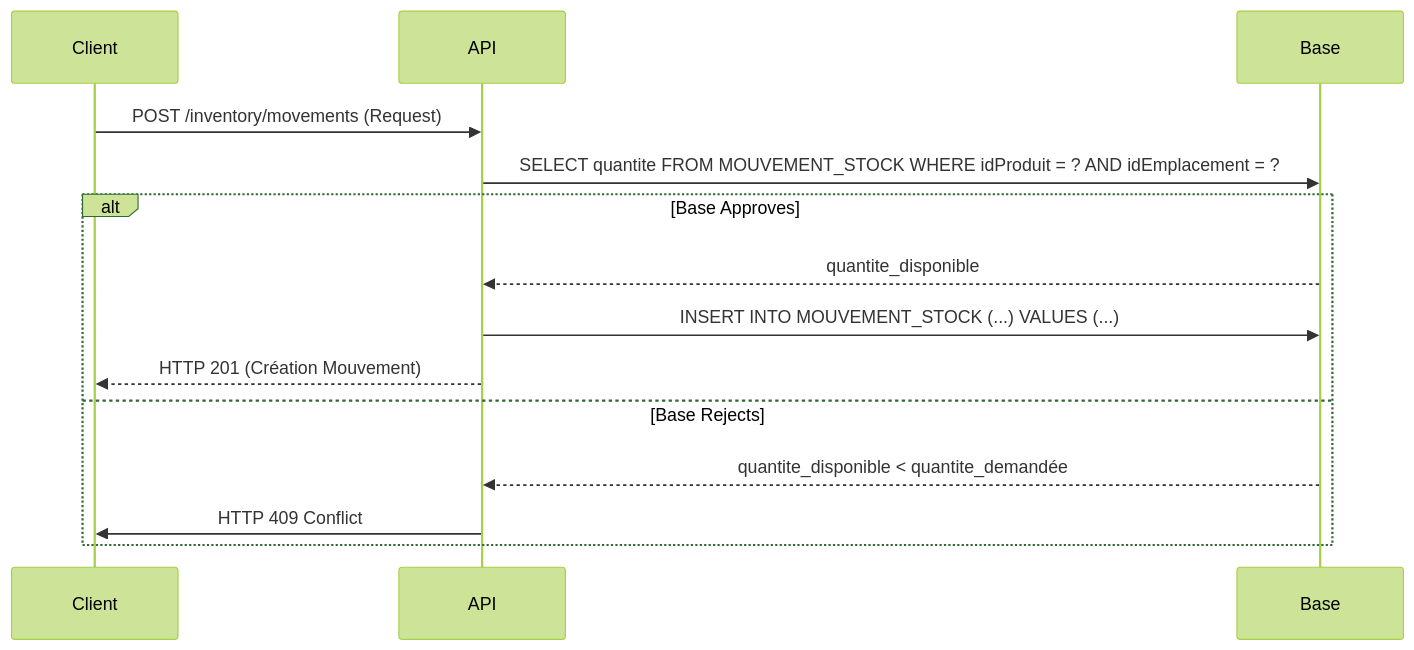
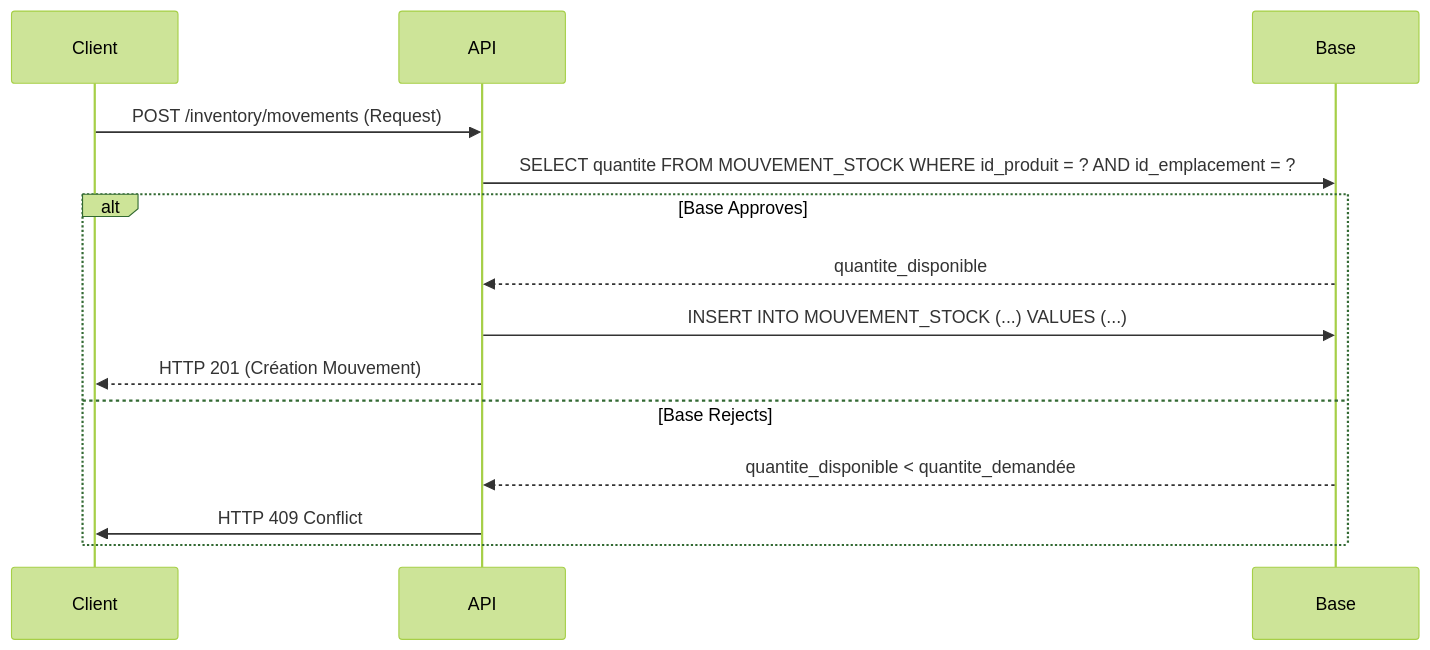
One commit to ClaymeCall/holbertonschool-Analyse_et_conception changed the diagram in blueprint_stockmaster/02_behavioural_architecture.md. Above: the diagram before and after it, drawn with Mermaid (forest theme). The commit also changed 2 other files, not shown here.

Commit message:
fix: make BDD rule application more consistent

````diff
--- a/blueprint_stockmaster/02_behavioural_architecture.md
+++ b/blueprint_stockmaster/02_behavioural_architecture.md
@@ -3,18 +3,18 @@
 ```mermaid
 sequenceDiagram
     participant Client
     participant API
     participant Base
 
     Client->>API: POST /inventory/movements (Request)
-    API->>Base: SELECT quantite FROM MOUVEMENT_STOCK WHERE idProduit = ? AND idEmplacement = ?
+    API->>Base: SELECT quantite FROM MOUVEMENT_STOCK WHERE id_produit = ? AND id_emplacement = ?
 
     alt Base Approves
         Base-->>API: quantite_disponible
         API->>Base: INSERT INTO MOUVEMENT_STOCK (...) VALUES (...)
         API-->>Client: HTTP 201 (Création Mouvement)
     else Base Rejects
         Base-->>API: quantite_disponible < quantite_demandée
         API->>Client: HTTP 409 Conflict
     end
 ```
````
